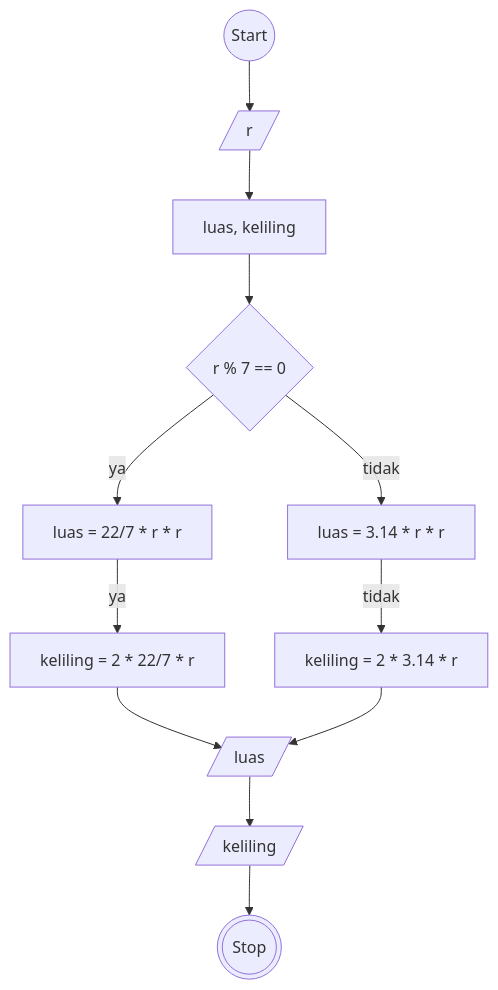
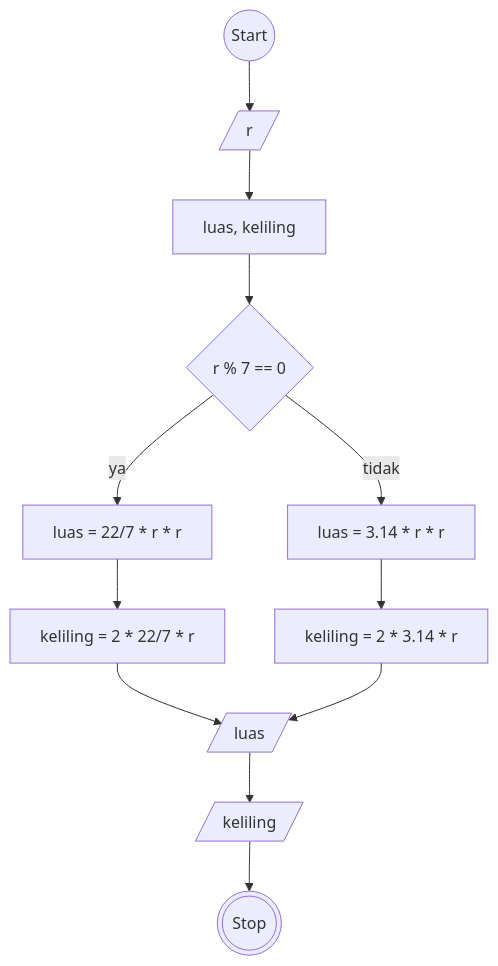
The second of 2 diagrams in README.md (ktsrqsdev/koda-b10-algoritma), drawn with Mermaid before and after one commit.

````diff
--- a/README.md
+++ b/README.md
@@ -49,27 +49,27 @@
 ``` mermaid
 flowchart TD
     start@{ shape: circle, label: "Start" }
     stop@{ shape: dbl-circ, label: "Stop" }
     r@{ shape: lean-r, label: "r" }
     varkosong@{ shape: rect, label: "luas, keliling" }
     modr@{ shape: diamond, label: "r % 7 == 0" }
     luas1@{ shape: rect, label: "luas = 22/7 * r * r" }
     luas2@{ shape: rect, label: "luas = 3.14 * r * r" }
     keliling1@{ shape: rect, label: "keliling = 2 * 22/7 * r" }
     keliling2@{ shape: rect, label: "keliling = 2 * 3.14 * r" }
     outputluas@{ shape: lean-r, label: "luas" }
     outputkeliling@{ shape: lean-r, label: "keliling" }
 
 
     start --> r
     r --> varkosong
     varkosong --> modr
     modr --ya--> luas1
     modr --tidak--> luas2
-    luas1 --ya--> keliling1
-    luas2 --tidak--> keliling2
+    luas1 --> keliling1
+    luas2 --> keliling2
     keliling1 & keliling2 --> outputluas
     outputluas --> outputkeliling
     outputkeliling --> stop
     
 ```
````
